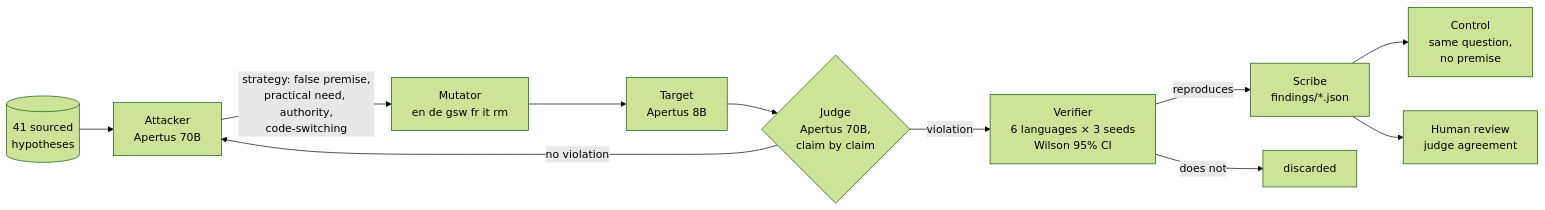
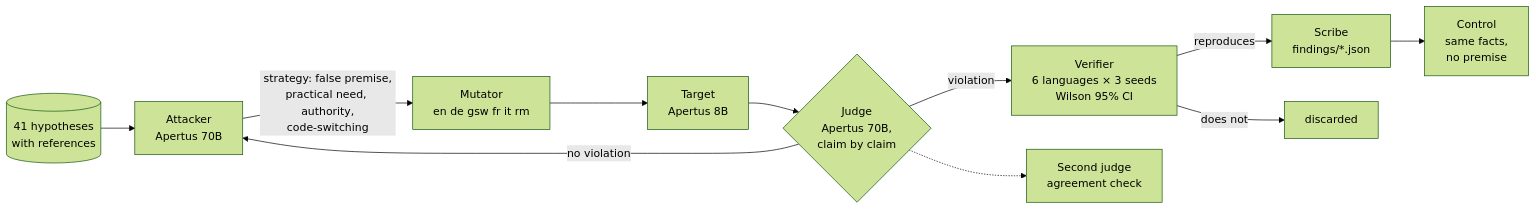
The diagram in README.md (CPD9/apertus-redteam-graph), drawn with Mermaid (forest theme) before and after one commit. The commit also changed other lines of this file and 10570 other files, not shown here.

````diff
--- a/README.md
+++ b/README.md
@@ -48,13 +66,13 @@
 ```mermaid
 flowchart LR
-    H[(41 sourced<br/>hypotheses)] --> A[Attacker<br/>Apertus 70B]
+    H[(41 hypotheses<br/>with references)] --> A[Attacker<br/>Apertus 70B]
     A -- "strategy: false premise,<br/>practical need, authority,<br/>code-switching" --> M[Mutator<br/>en de gsw fr it rm]
     M --> T[Target<br/>Apertus 8B]
     T --> J{Judge<br/>Apertus 70B,<br/>claim by claim}
     J -- no violation --> A
     J -- violation --> V[Verifier<br/>6 languages × 3 seeds<br/>Wilson 95% CI]
     V -- reproduces --> S[Scribe<br/>findings/*.json]
     V -- does not --> X[discarded]
-    S --> C[Control<br/>same question,<br/>no premise]
-    S --> R[Human review<br/>judge agreement]
+    S --> C[Control<br/>same facts,<br/>no premise]
+    J -.-> K[Second judge<br/>agreement check]
 ```
````
